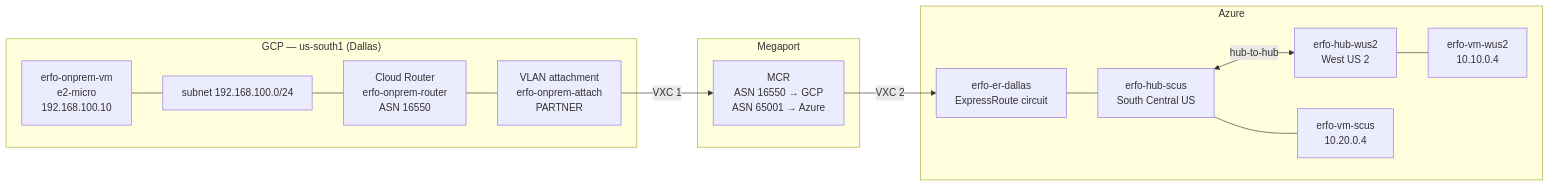
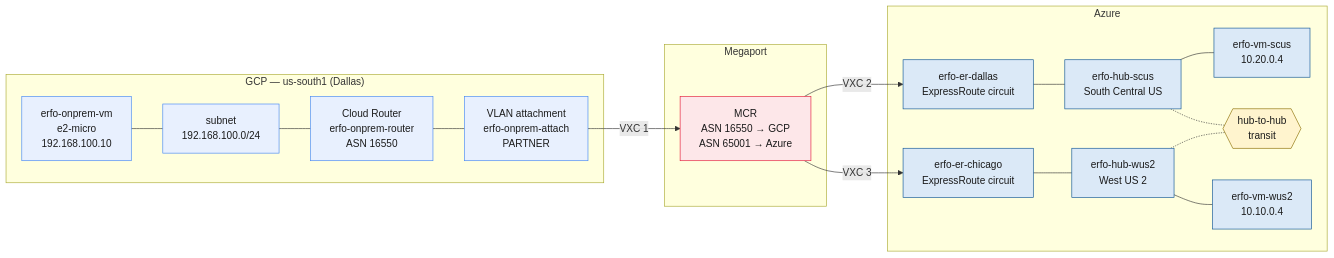
Before and after one commit to dmauser/azure-virtualwan: the diagram in er-failover-dual-hub/docs/gcp-onprem.md, drawn with Mermaid. The commit also changed other lines of this file and 78 other files, not shown here.

````diff
--- a/er-failover-dual-hub/docs/gcp-onprem.md
+++ b/er-failover-dual-hub/docs/gcp-onprem.md
@@ -16,27 +16,41 @@
 ```mermaid
 flowchart LR
     subgraph GCP["GCP — us-south1 (Dallas)"]
         VM["erfo-onprem-vm<br/>e2-micro<br/>192.168.100.10"]
-        SUB["subnet 192.168.100.0/24"]
+        SUB["subnet<br/>192.168.100.0/24"]
         CR["Cloud Router<br/>erfo-onprem-router<br/>ASN 16550"]
         ATT["VLAN attachment<br/>erfo-onprem-attach<br/>PARTNER"]
-        VM --- SUB --- CR --- ATT
     end
 
     subgraph MP["Megaport"]
         MCR["MCR<br/>ASN 16550 → GCP<br/>ASN 65001 → Azure"]
     end
 
     subgraph AZ["Azure"]
-        ERC["erfo-er-dallas<br/>ExpressRoute circuit"]
+        ERD["erfo-er-dallas<br/>ExpressRoute circuit"]
         HUB1["erfo-hub-scus<br/>South Central US"]
+        SP1["erfo-vm-scus<br/>10.20.0.4"]
+        B2B{{"hub-to-hub<br/>transit"}}
+        ERC["erfo-er-chicago<br/>ExpressRoute circuit"]
         HUB2["erfo-hub-wus2<br/>West US 2"]
-        SP1["erfo-vm-scus<br/>10.20.0.4"]
         SP2["erfo-vm-wus2<br/>10.10.0.4"]
-        ERC --- HUB1 --- SP1
-        HUB1 <-->|hub-to-hub| HUB2 --- SP2
     end
 
-    ATT -->|VXC 1| MCR
-    MCR -->|VXC 2| ERC
+    VM --- SUB --- CR --- ATT
+    ATT -->|"VXC 1"| MCR
+    MCR -->|"VXC 2"| ERD
+    MCR -->|"VXC 3"| ERC
+    ERD --- HUB1 --- SP1
+    ERC --- HUB2 --- SP2
+    HUB1 -.- B2B
+    HUB2 -.- B2B
+
+    classDef gcp fill:#e8f0fe,stroke:#4285f4,color:#1b1b1b
+    classDef mp fill:#fde7e9,stroke:#e31937,color:#1b1b1b
+    classDef az fill:#dbe9f7,stroke:#0b5394,color:#1b1b1b
+    classDef transit fill:#fff4ce,stroke:#8a6d00,color:#1b1b1b
+    class VM,SUB,CR,ATT gcp
+    class MCR mp
+    class ERC,ERD,HUB1,HUB2,SP1,SP2 az
+    class B2B transit
 ```
````
